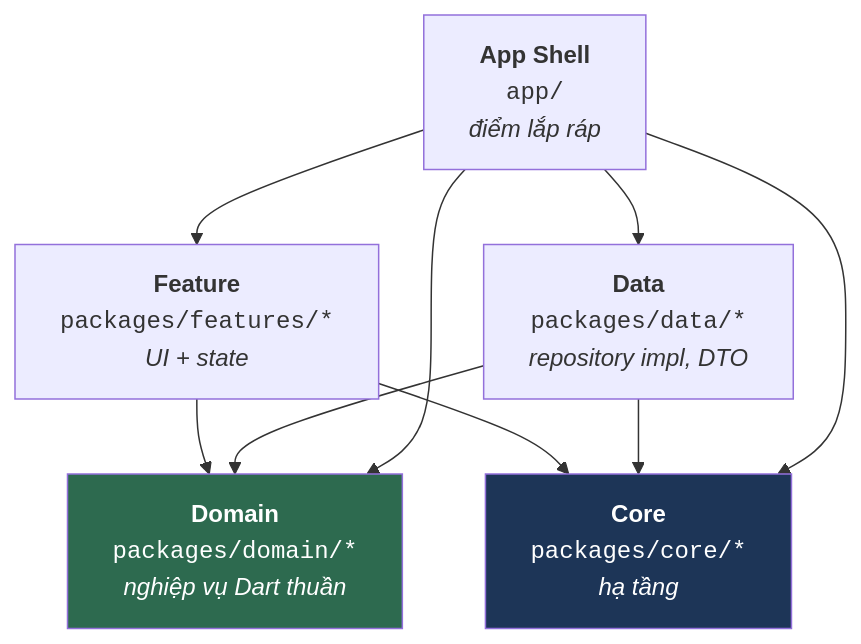
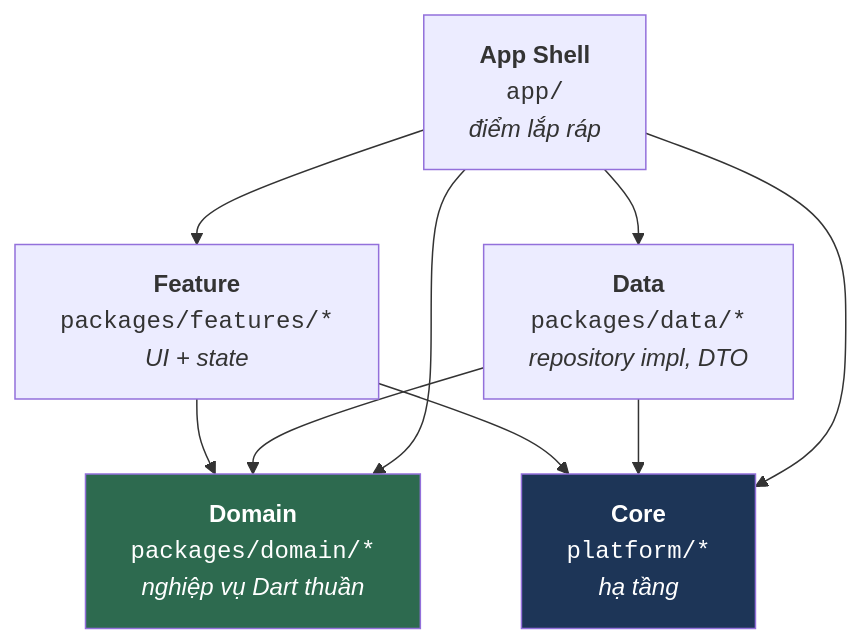
Before and after one commit to CaoGiaHieu-dev/flutter-monorepo-codebase: the diagram in docs/vi/architecture/01_overview.md, drawn with Mermaid. The commit also changed other lines of this file and 392 other files, not shown here.

First line of the commit message:
refactor: move packages/core/* to platform/*

````diff
--- a/docs/vi/architecture/01_overview.md
+++ b/docs/vi/architecture/01_overview.md
@@ -13,20 +13,20 @@
 ```mermaid
 graph TD
     App["<b>App Shell</b><br/><code>app/</code><br/><i>điểm lắp ráp</i>"]
     Feature["<b>Feature</b><br/><code>packages/features/*</code><br/><i>UI + state</i>"]
     Domain["<b>Domain</b><br/><code>packages/domain/*</code><br/><i>nghiệp vụ Dart thuần</i>"]
     Data["<b>Data</b><br/><code>packages/data/*</code><br/><i>repository impl, DTO</i>"]
-    Core["<b>Core</b><br/><code>packages/core/*</code><br/><i>hạ tầng</i>"]
+    Core["<b>Core</b><br/><code>platform/*</code><br/><i>hạ tầng</i>"]
 
     Feature --> Domain
     Data --> Domain
     Feature --> Core
     Data --> Core
     App --> Feature
     App --> Data
     App --> Domain
     App --> Core
 
     style Domain fill:#2d6a4f,color:#fff
     style Core fill:#1d3557,color:#fff
 ```
````
